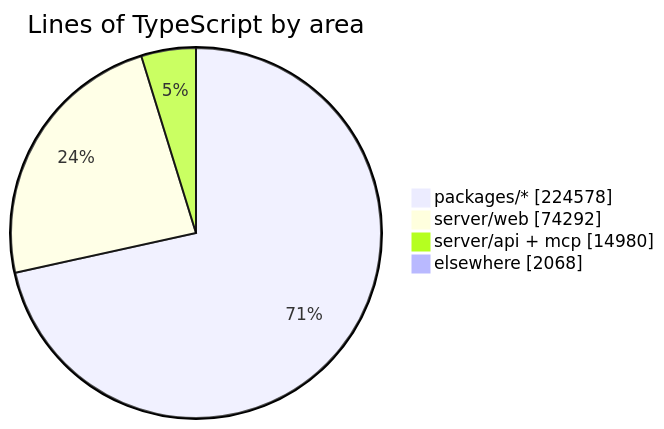
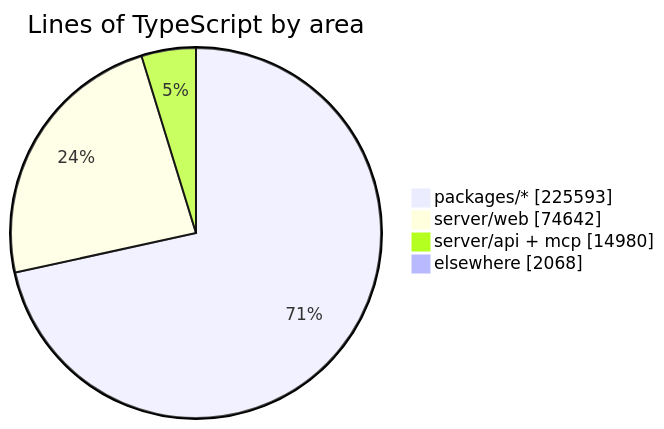
The diagram in README.md (crossworks-engineering/mantle), drawn with Mermaid before and after one commit. The commit also changed other lines of this file and 2 other files, not shown here.

````diff
--- a/README.md
+++ b/README.md
@@ -287,7 +287,7 @@
 ```mermaid
 pie showData title Lines of TypeScript by area
-    "packages/*" : 224578
-    "server/web" : 74292
+    "packages/*" : 225593
+    "server/web" : 74642
     "server/api + mcp" : 14980
     "elsewhere" : 2068
 ```
````
